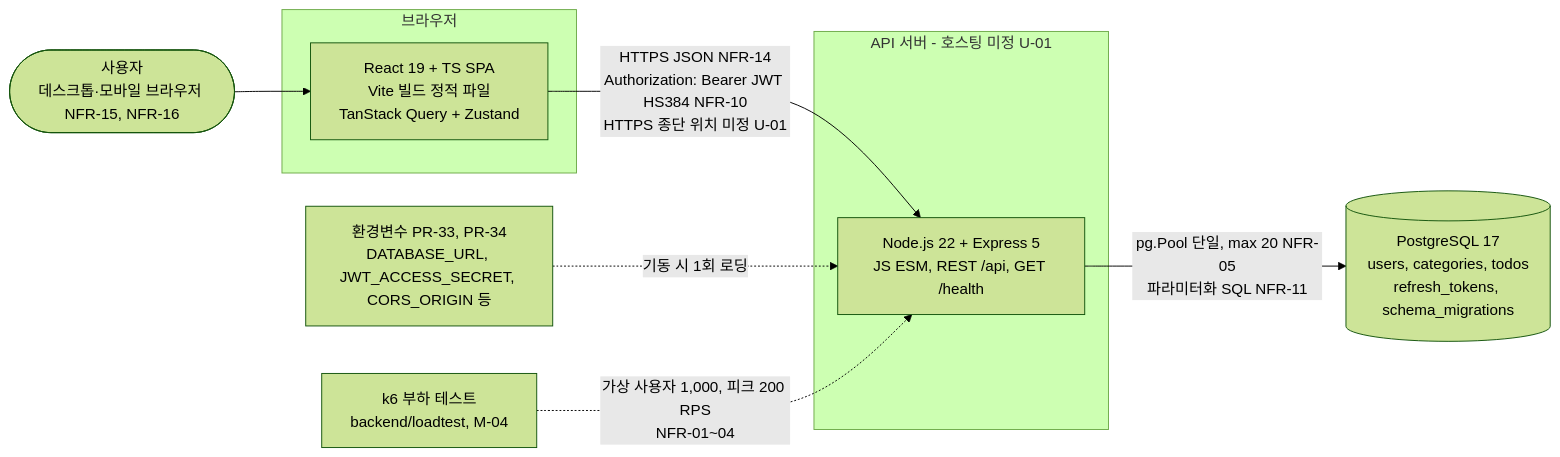
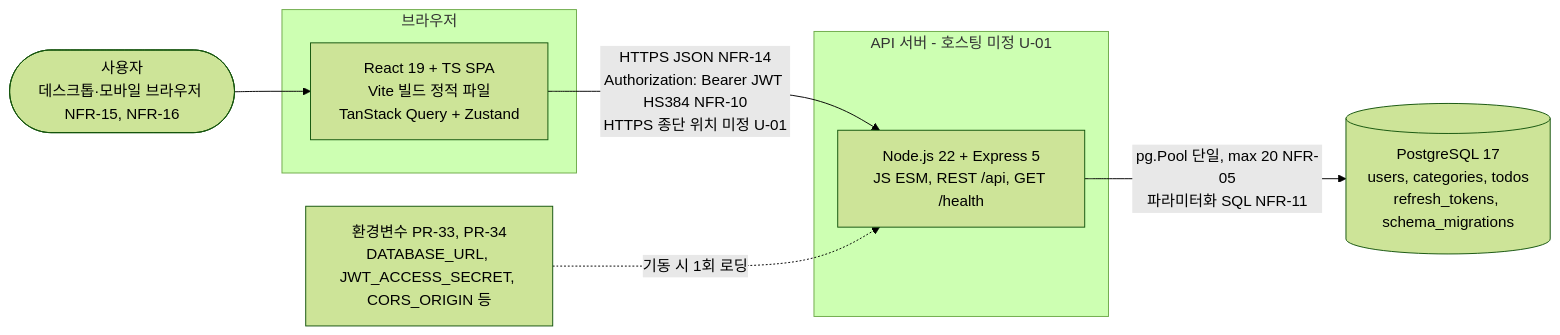
The first of 12 diagrams in docs/6-arch-diagram.md (chaenamo/todolist-app), drawn with Mermaid (forest theme) before and after one commit. The commit also changed other lines of this file and 5 other files, not shown here.

````diff
--- a/docs/6-arch-diagram.md
+++ b/docs/6-arch-diagram.md
@@ -46,22 +48,20 @@
 ```mermaid
 flowchart LR
     USER(["사용자<br/>데스크톱·모바일 브라우저 NFR-15, NFR-16"])
 
     subgraph BROWSER["브라우저"]
         SPA["React 19 + TS SPA<br/>Vite 빌드 정적 파일<br/>TanStack Query + Zustand"]
     end
 
     subgraph SERVER["API 서버 - 호스팅 미정 U-01"]
         API["Node.js 22 + Express 5<br/>JS ESM, REST /api, GET /health"]
     end
 
     DB[("PostgreSQL 17<br/>users, categories, todos<br/>refresh_tokens, schema_migrations")]
     ENV["환경변수 PR-33, PR-34<br/>DATABASE_URL, JWT_ACCESS_SECRET, CORS_ORIGIN 등"]
-    K6["k6 부하 테스트<br/>backend/loadtest, M-04"]
 
     USER --> SPA
     SPA -->|"HTTPS JSON NFR-14<br/>Authorization: Bearer JWT HS384 NFR-10<br/>HTTPS 종단 위치 미정 U-01"| API
     API -->|"pg.Pool 단일, max 20 NFR-05<br/>파라미터화 SQL NFR-11"| DB
     ENV -.->|"기동 시 1회 로딩"| API
-    K6 -.->|"가상 사용자 1,000, 피크 200 RPS<br/>NFR-01~04"| API
 ```
````
